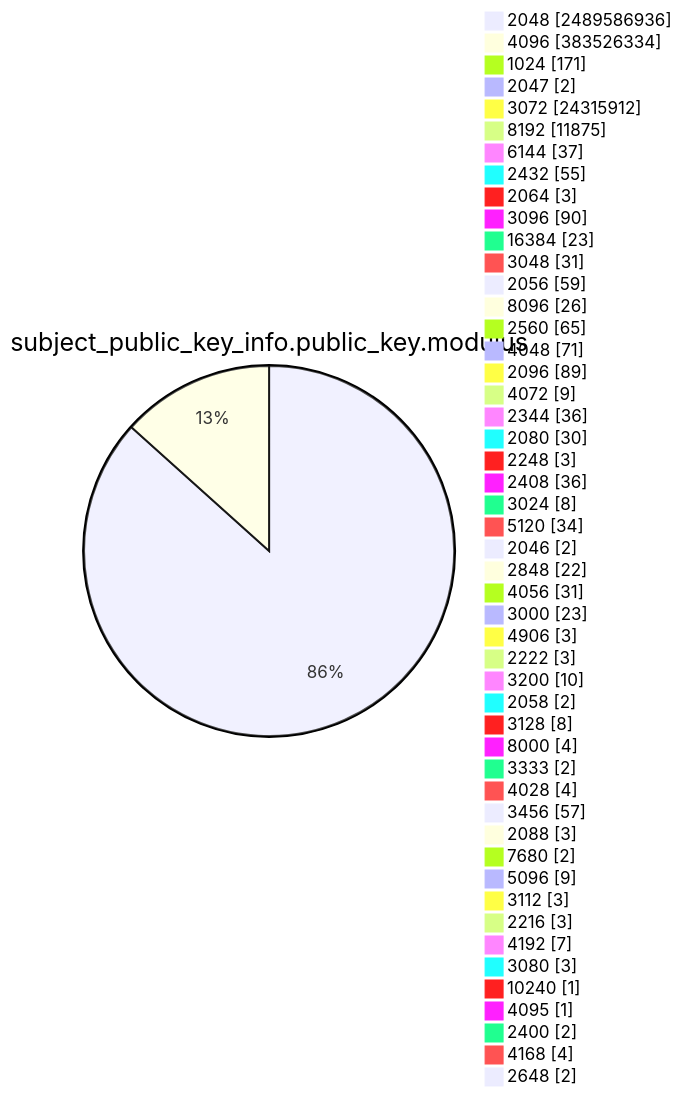
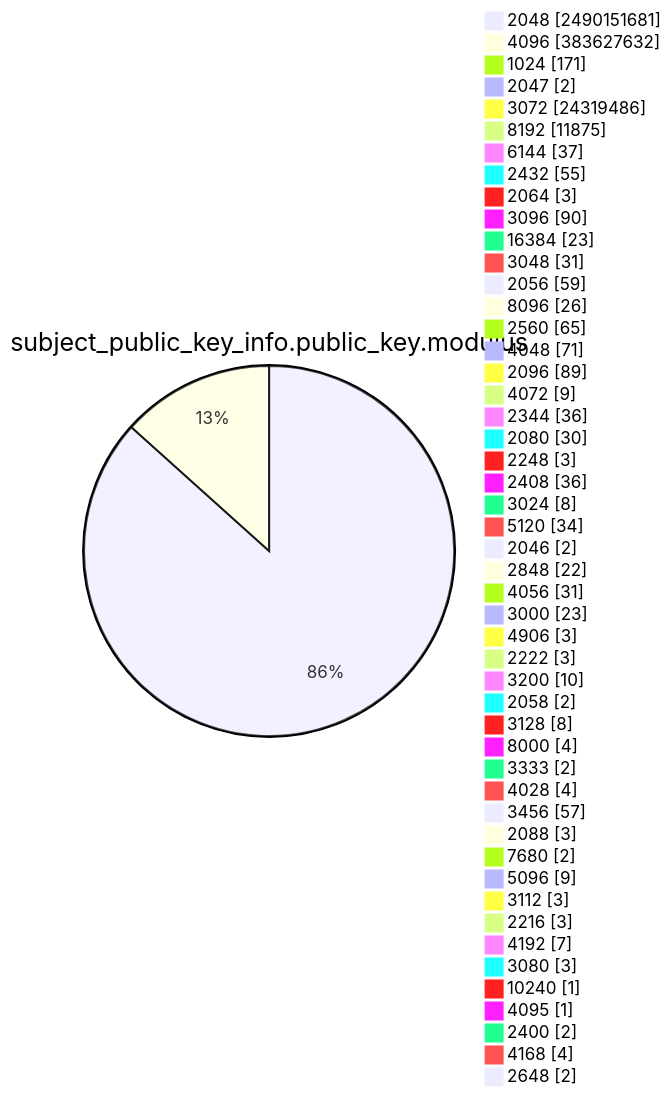
Diagram 13 of 15 in TOTAL/README.md (christiankrug/ctmonitor_visualization), drawn with Mermaid before and after one commit. The commit also changed other lines of this file, not shown here.

````diff
--- a/TOTAL/README.md
+++ b/TOTAL/README.md
@@ -4169,53 +4169,53 @@
 ```mermaid
 pie showData
 title subject_public_key_info.public_key.modulus
-"2048" :2489586936
-"4096" :383526334
+"2048" :2490151681
+"4096" :383627632
 "1024" :171
 "2047" :2
-"3072" :24315912
+"3072" :24319486
 "8192" :11875
 "6144" :37
 "2432" :55
 "2064" :3
 "3096" :90
 "16384" :23
 "3048" :31
 "2056" :59
 "8096" :26
 "2560" :65
 "4048" :71
 "2096" :89
 "4072" :9
 "2344" :36
 "2080" :30
 "2248" :3
 "2408" :36
 "3024" :8
 "5120" :34
 "2046" :2
 "2848" :22
 "4056" :31
 "3000" :23
 "4906" :3
 "2222" :3
 "3200" :10
 "2058" :2
 "3128" :8
 "8000" :4
 "3333" :2
 "4028" :4
 "3456" :57
 "2088" :3
 "7680" :2
 "5096" :9
 "3112" :3
 "2216" :3
 "4192" :7
 "3080" :3
 "10240" :1
 "4095" :1
 "2400" :2
 "4168" :4
 "2648" :2
 ```
````
